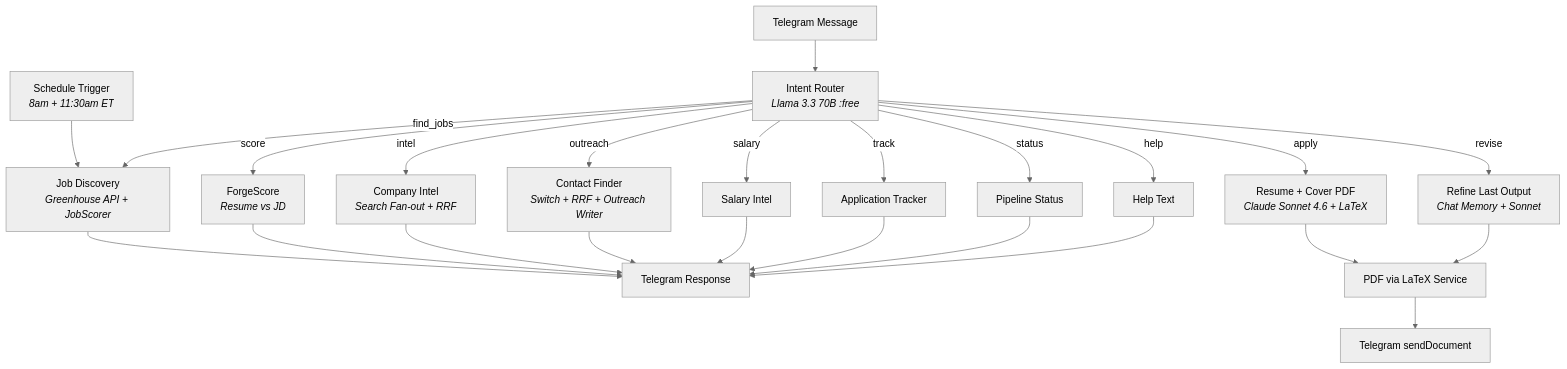
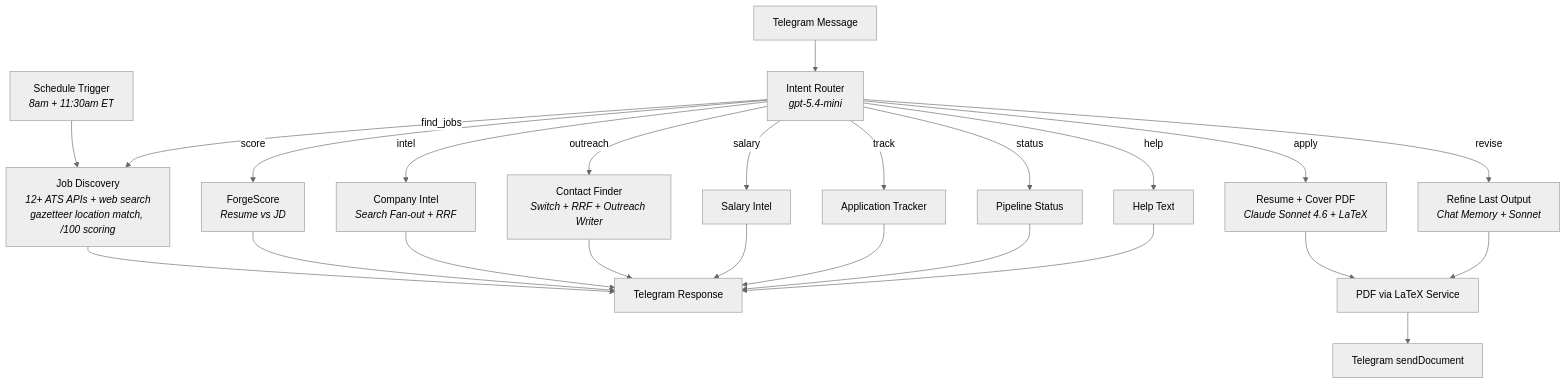
Before and after one commit to Career-Forge/n8n: the first of 4 diagrams in docs/ARCHITECTURE.md, drawn with Mermaid (neutral theme). The commit also changed other lines of this file and 8 other files, not shown here.

````diff
--- a/docs/ARCHITECTURE.md
+++ b/docs/ARCHITECTURE.md
@@ -7,28 +7,28 @@
 ```mermaid
 flowchart TD
-    TG["Telegram Message"] --> ROUTER["Intent Router<br/><i>Llama 3.3 70B :free</i>"]
+    TG["Telegram Message"] --> ROUTER["Intent Router<br/><i>gpt-5.4-mini</i>"]
     CRON["Schedule Trigger<br/><i>8am + 11:30am ET</i>"] --> FIND
 
     ROUTER --> |help| HELP["Help Text"]
-    ROUTER --> |find_jobs| FIND["Job Discovery<br/><i>Greenhouse API + JobScorer</i>"]
+    ROUTER --> |find_jobs| FIND["Job Discovery<br/><i>12+ ATS APIs + web search<br/>gazetteer location match, /100 scoring</i>"]
     ROUTER --> |apply| APPLY["Resume + Cover PDF<br/><i>Claude Sonnet 4.6 + LaTeX</i>"]
     ROUTER --> |revise| REVISE["Refine Last Output<br/><i>Chat Memory + Sonnet</i>"]
     ROUTER --> |score| SCORE["ForgeScore<br/><i>Resume vs JD</i>"]
     ROUTER --> |intel| INTEL["Company Intel<br/><i>Search Fan-out + RRF</i>"]
     ROUTER --> |outreach| OUTREACH["Contact Finder<br/><i>Switch + RRF + Outreach Writer</i>"]
     ROUTER --> |salary| SALARY["Salary Intel"]
     ROUTER --> |track| TRACK["Application Tracker"]
     ROUTER --> |status| STATUS["Pipeline Status"]
 
     FIND --> TG_OUT["Telegram Response"]
     APPLY --> PDF["PDF via LaTeX Service"]
     PDF --> TG_DOC["Telegram sendDocument"]
     REVISE --> PDF
     SCORE --> TG_OUT
     INTEL --> TG_OUT
     OUTREACH --> TG_OUT
     SALARY --> TG_OUT
     TRACK --> TG_OUT
     STATUS --> TG_OUT
     HELP --> TG_OUT
 ```
````
